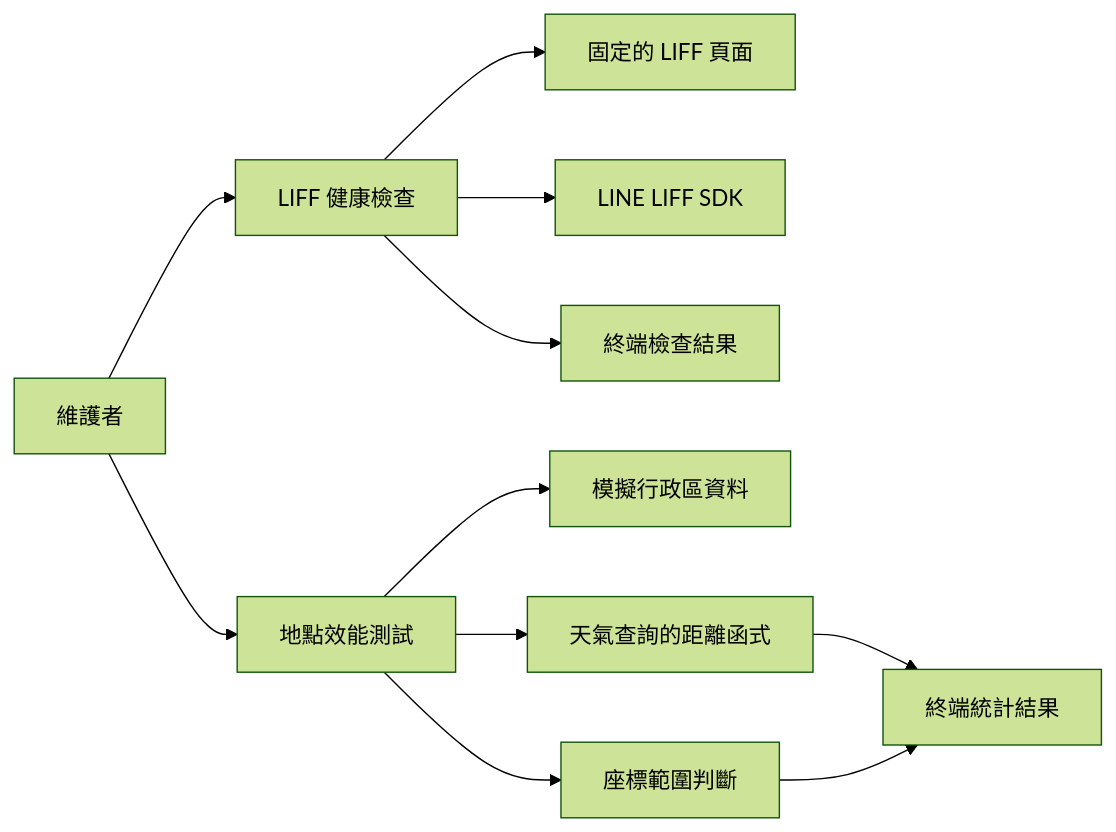
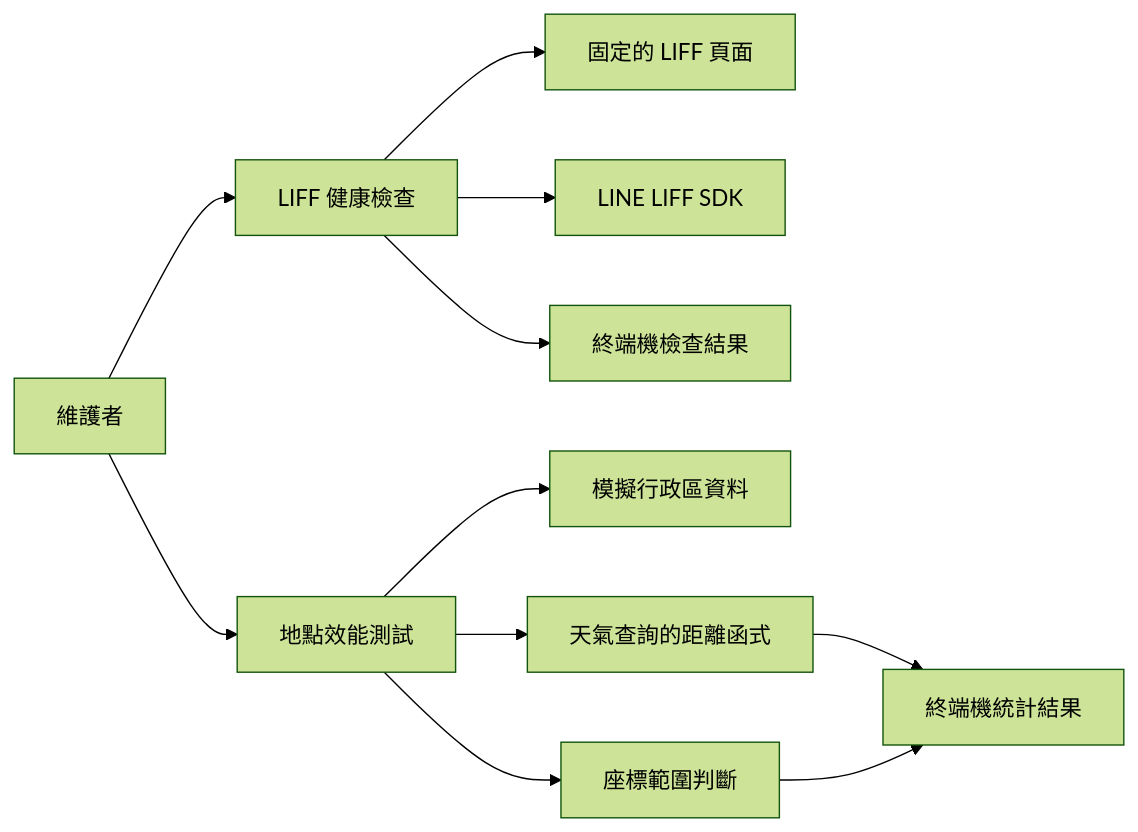
Before and after one commit to kyomind/WeaMind: the first of 3 diagrams in docs/wiki/operational_and_development_scripts/health_and_performance_checks.md, drawn with Mermaid (forest theme). The commit also changed other lines of this file and 14 other files, not shown here.

````diff
--- a/docs/wiki/operational_and_development_scripts/health_and_performance_checks.md
+++ b/docs/wiki/operational_and_development_scripts/health_and_performance_checks.md
@@ -7,13 +7,13 @@
 ```mermaid
 flowchart LR
     A["維護者"] --> B["LIFF 健康檢查"]
     A --> C["地點效能測試"]
     B --> D["固定的 LIFF 頁面"]
     B --> E["LINE LIFF SDK"]
     C --> F["模擬行政區資料"]
     C --> G["天氣查詢的距離函式"]
     C --> H["座標範圍判斷"]
-    G --> I["終端統計結果"]
+    G --> I["終端機統計結果"]
     H --> I
-    B --> J["終端檢查結果"]
+    B --> J["終端機檢查結果"]
 ```
````
